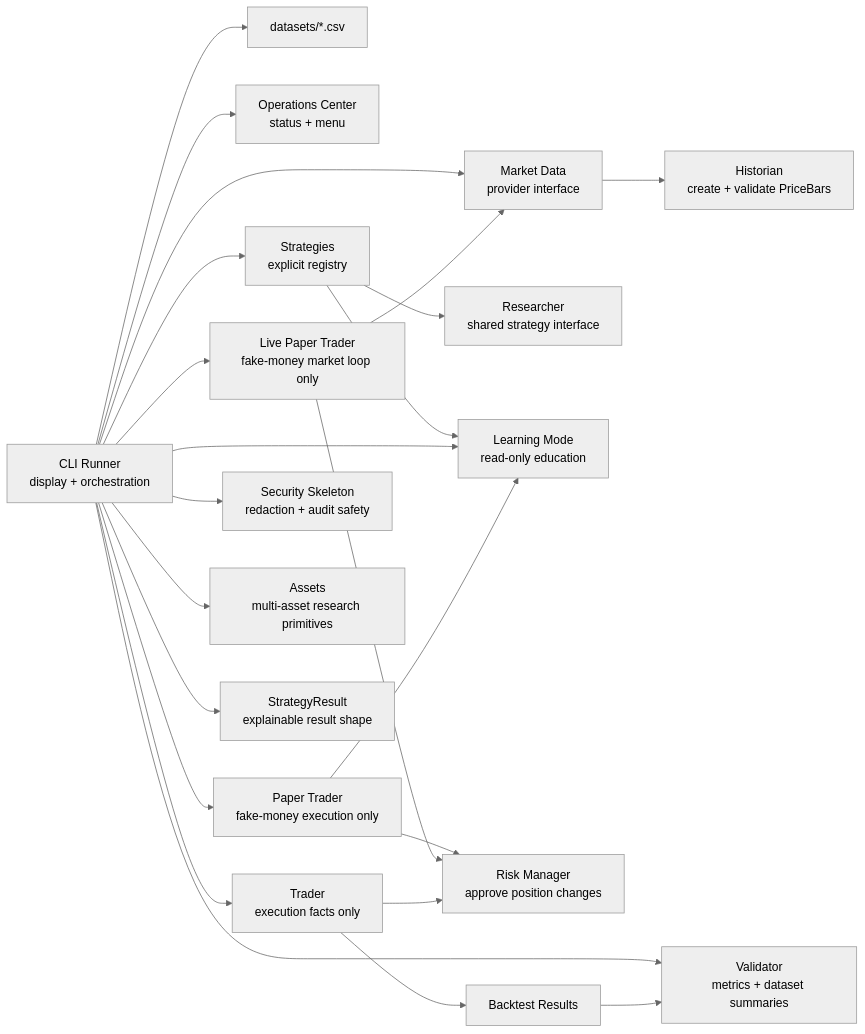
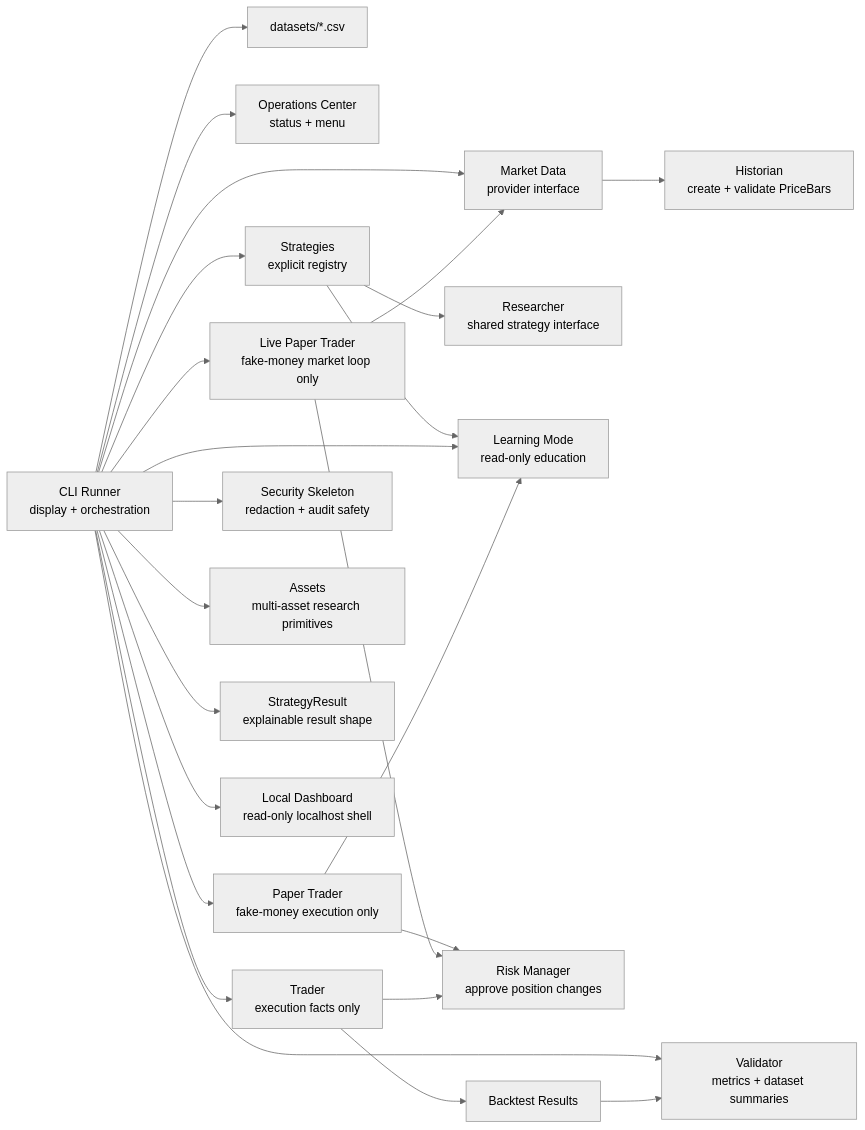
One commit to lumenXV/PTB-1 changed the diagram in README.md. Above: the diagram before and after it, drawn with Mermaid (neutral theme). The commit also changed other lines of this file and 6 other files, not shown here.

Commit message:
Add local dashboard shell

````diff
--- a/README.md
+++ b/README.md
@@ -120,25 +127,26 @@
 ```mermaid
 flowchart LR
     CLI --> DatasetFiles["datasets/*.csv"]
     CLI["CLI Runner\ndisplay + orchestration"] --> Operations["Operations Center\nstatus + menu"]
     CLI["CLI Runner\ndisplay + orchestration"] --> MarketData["Market Data\nprovider interface"]
     MarketData --> Historian["Historian\ncreate + validate PriceBars"]
     CLI --> Strategies["Strategies\nexplicit registry"]
     Strategies --> Researcher["Researcher\nshared strategy interface"]
     Strategies --> Learning["Learning Mode\nread-only education"]
     CLI --> Learning
     CLI --> Trader["Trader\nexecution facts only"]
     CLI --> Paper["Paper Trader\nfake-money execution only"]
     CLI --> LivePaper["Live Paper Trader\nfake-money market loop only"]
     CLI --> Security["Security Skeleton\nredaction + audit safety"]
     CLI --> Assets["Assets\nmulti-asset research primitives"]
     CLI --> StrategyResult["StrategyResult\nexplainable result shape"]
+    CLI --> Dashboard["Local Dashboard\nread-only localhost shell"]
     Paper --> RiskManager
     LivePaper --> RiskManager
     LivePaper --> MarketData
     Paper --> Learning
     Trader --> RiskManager["Risk Manager\napprove position changes"]
     Trader --> ValidatorInput["Backtest Results"]
     CLI --> Validator["Validator\nmetrics + dataset summaries"]
     ValidatorInput --> Validator
 ```
````
